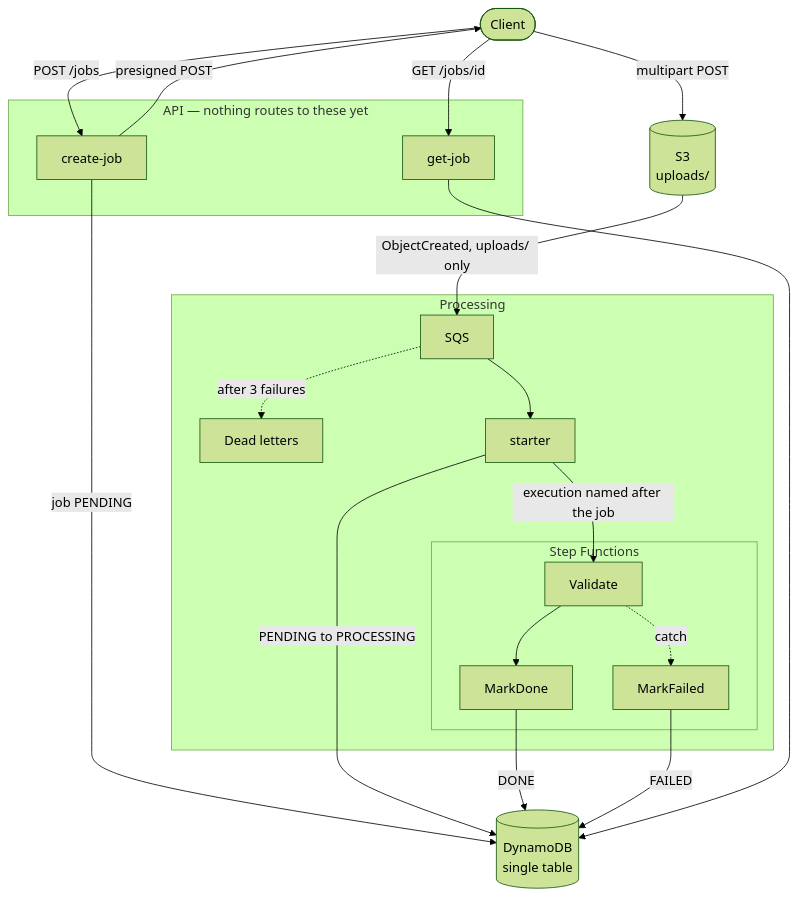
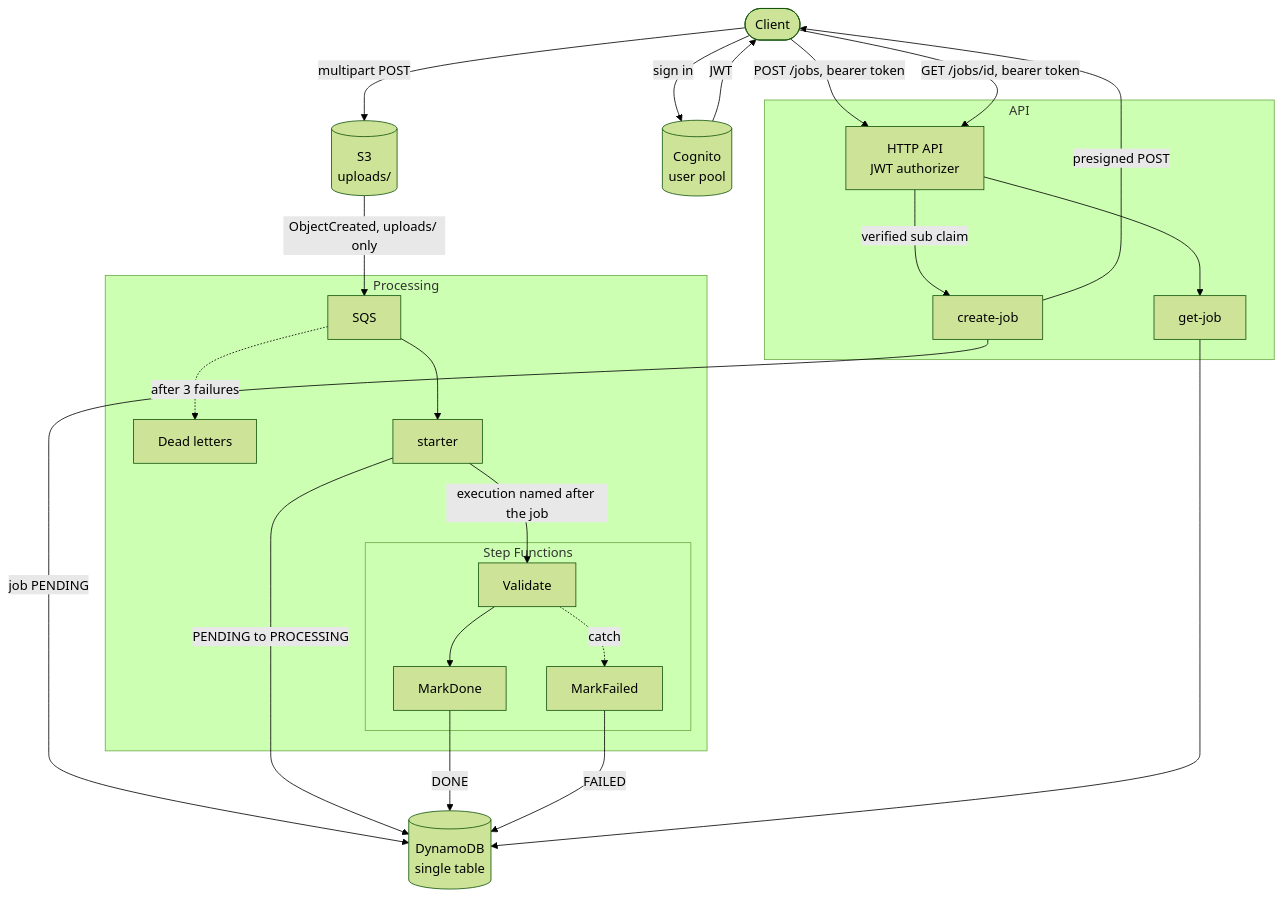
The first of 3 diagrams in docs/architecture.md (Vyzz1/doc-flow), drawn with Mermaid (forest theme) before and after one commit. The commit also changed other lines of this file and 7 other files, not shown here.

````diff
--- a/docs/architecture.md
+++ b/docs/architecture.md
@@ -29,40 +29,47 @@
 ```mermaid
 flowchart TD
     client(["Client"])
 
-    subgraph api["API — nothing routes to these yet"]
+    subgraph api["API"]
+        gateway["HTTP API<br/>JWT authorizer"]
         createJob["create-job"]
         getJob["get-job"]
     end
+
+    cognito[("Cognito<br/>user pool")]
 
     subgraph processing["Processing"]
         queue["SQS"]
         dlq["Dead letters"]
         starter["starter"]
 
         subgraph workflow["Step Functions"]
             validate["Validate"]
             markDone["MarkDone"]
             markFailed["MarkFailed"]
         end
     end
 
     table[("DynamoDB<br/>single table")]
     bucket[("S3<br/>uploads/")]
 
-    client -->|"POST /jobs"| createJob
+    client -->|"sign in"| cognito
+    cognito -->|"JWT"| client
+    client -->|"POST /jobs, bearer token"| gateway
+    gateway -->|"verified sub claim"| createJob
     createJob -->|"job PENDING"| table
     createJob -->|"presigned POST"| client
     client -->|"multipart POST"| bucket
     bucket -->|"ObjectCreated, uploads/ only"| queue
     queue --> starter
     queue -.->|"after 3 failures"| dlq
     starter -->|"PENDING to PROCESSING"| table
     starter -->|"execution named after the job"| validate
     validate --> markDone
     validate -.->|"catch"| markFailed
     markDone -->|"DONE"| table
     markFailed -->|"FAILED"| table
-    client -->|"GET /jobs/id"| getJob
+    client -->|"GET /jobs/id, bearer token"| gateway
+    gateway --> getJob
     getJob --> table
 ```
````
